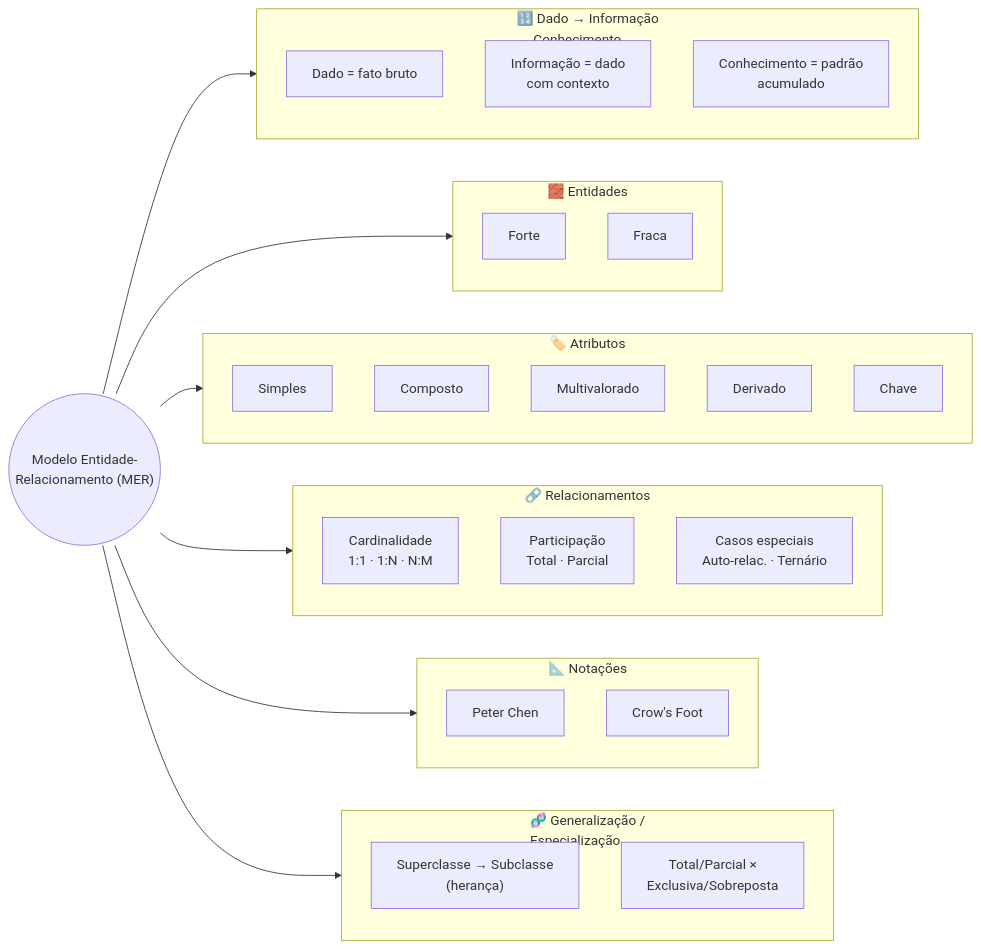
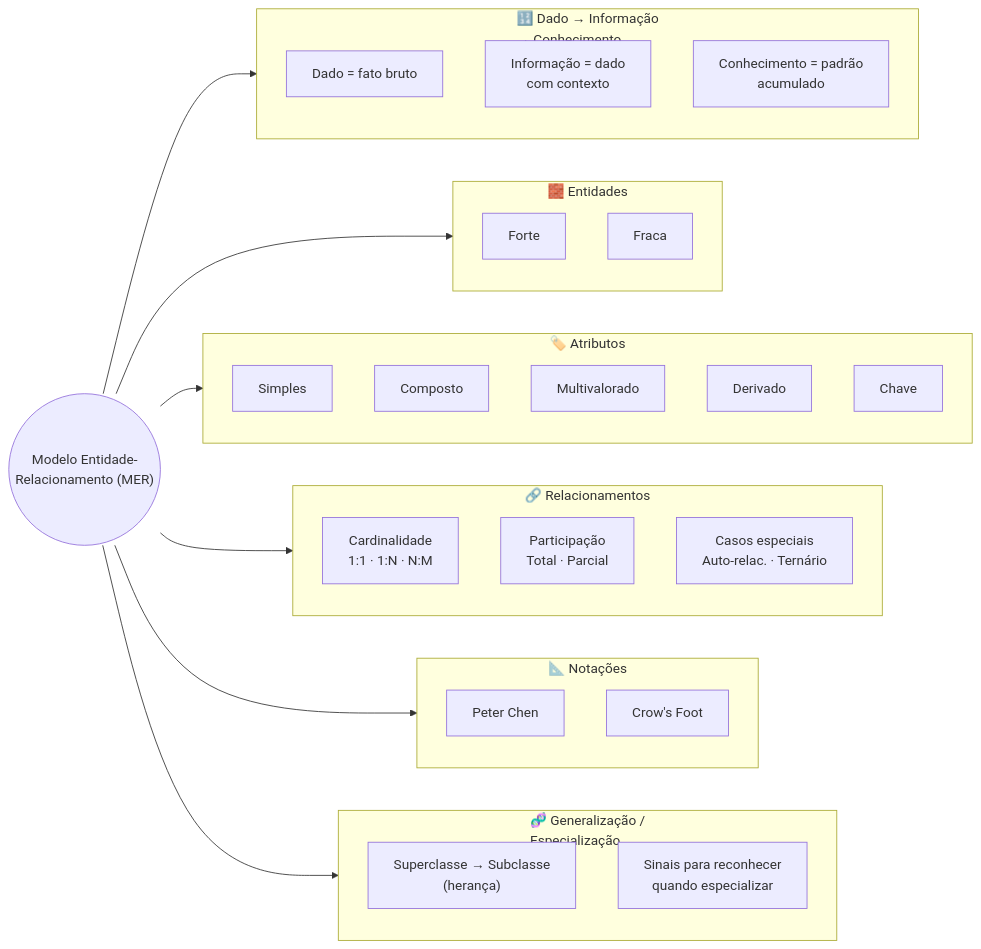
The first of 18 diagrams in docs/aulas/Aula_01_Revisao_Modelagem_Conceitual.md (DSM-Fatec-Jahu/BDR-DSM-2026-2), drawn with Mermaid before and after one commit. The commit also changed other lines of this file and 5 other files, not shown here.

First line of the commit message:
Corrige diagrama da Aula 01, remove classificação de restrição de G/E, padroniza alterado_em/telefone e maiúsculas no DBML

````diff
--- a/docs/aulas/Aula_01_Revisao_Modelagem_Conceitual.md
+++ b/docs/aulas/Aula_01_Revisao_Modelagem_Conceitual.md
@@ -24,51 +24,51 @@
 ```mermaid
 flowchart LR
     ROOT(("Modelo Entidade-<br/>Relacionamento (MER)"))
 
     ROOT --> DIC
     subgraph DIC["🔢 Dado → Informação<br/>→ Conhecimento"]
         direction TB
         DIC1["Dado = fato bruto"]
         DIC2["Informação = dado<br/>com contexto"]
         DIC3["Conhecimento = padrão<br/>acumulado"]
     end
 
     ROOT --> ENT
     subgraph ENT["🧱 Entidades"]
         direction TB
         ENT1["Forte"]
         ENT2["Fraca"]
     end
 
     ROOT --> ATR
     subgraph ATR["🏷️ Atributos"]
         direction TB
         ATR1["Simples"]
         ATR2["Composto"]
         ATR3["Multivalorado"]
         ATR4["Derivado"]
         ATR5["Chave"]
     end
 
     ROOT --> REL
     subgraph REL["🔗 Relacionamentos"]
         direction TB
         REL1["Cardinalidade<br/>1:1 · 1:N · N:M"]
         REL2["Participação<br/>Total · Parcial"]
         REL3["Casos especiais<br/>Auto-relac. · Ternário"]
     end
 
     ROOT --> NOT
     subgraph NOT["📐 Notações"]
         direction TB
         NOT1["Peter Chen"]
         NOT2["Crow's Foot"]
     end
 
     ROOT --> GE
     subgraph GE["🧬 Generalização /<br/>Especialização"]
         direction TB
         GE1["Superclasse → Subclasse<br/>(herança)"]
-        GE2["Total/Parcial ×<br/>Exclusiva/Sobreposta"]
+        GE2["Sinais para reconhecer<br/>quando especializar"]
     end
 ```
````
